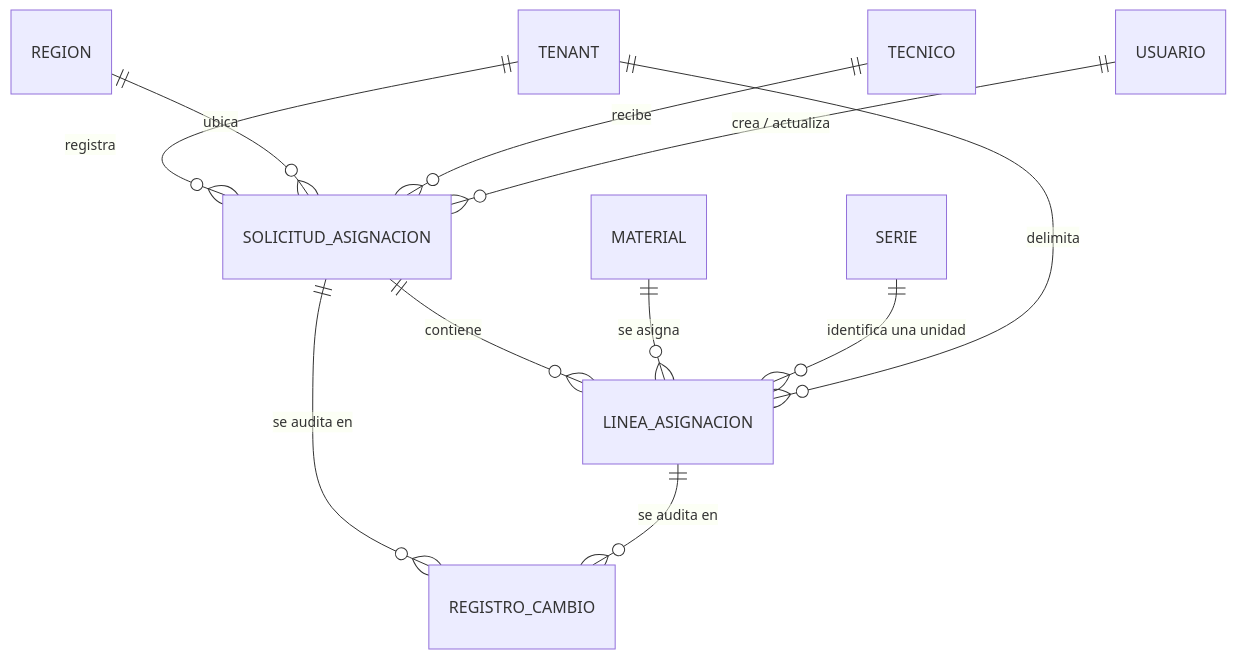
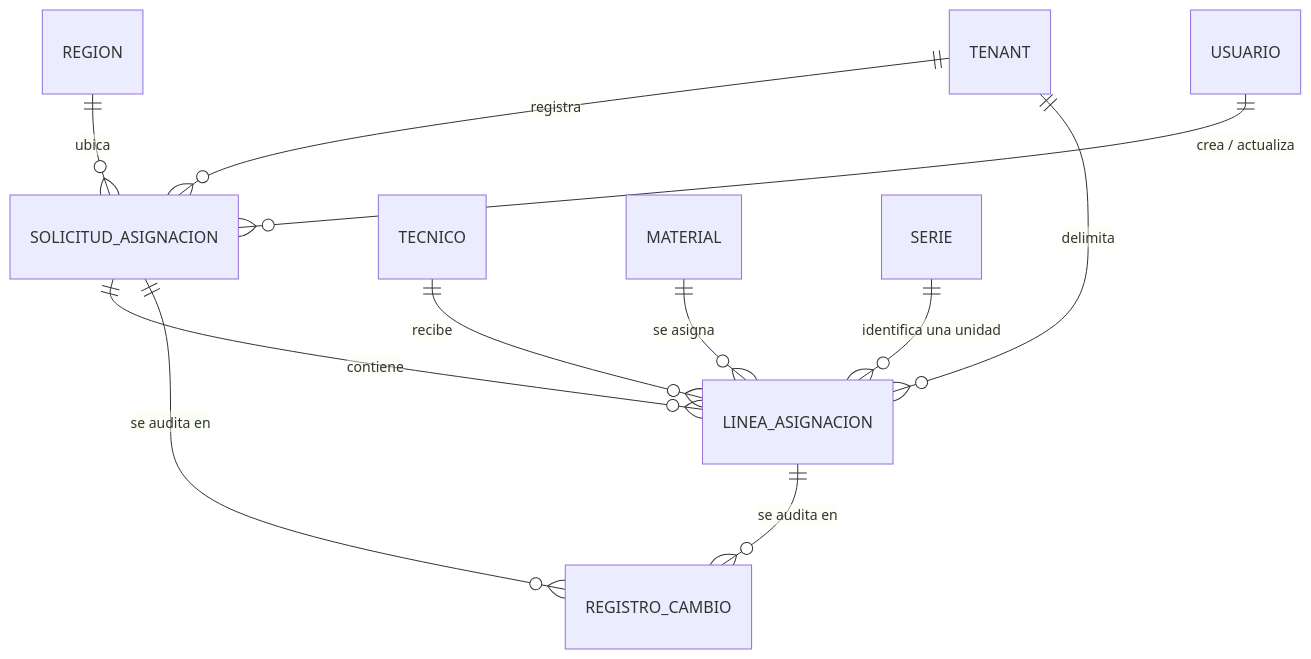
The diagram in 05-especificaciones/006-solicitud-de-asignacion/data-model.md (Klidsman/Lari_sistema-arquitSoft-02-Klidsman), drawn with Mermaid before and after one commit. The commit also changed other lines of this file and 47 other files, not shown here.

````diff
--- a/05-especificaciones/006-solicitud-de-asignacion/data-model.md
+++ b/05-especificaciones/006-solicitud-de-asignacion/data-model.md
@@ -12,13 +12,13 @@
 ```mermaid
 erDiagram
     TENANT ||--o{ SOLICITUD_ASIGNACION : "registra"
     REGION ||--o{ SOLICITUD_ASIGNACION : "ubica"
-    TECNICO ||--o{ SOLICITUD_ASIGNACION : "recibe"
+    TECNICO ||--o{ LINEA_ASIGNACION : "recibe"
     USUARIO ||--o{ SOLICITUD_ASIGNACION : "crea / actualiza"
     SOLICITUD_ASIGNACION ||--o{ LINEA_ASIGNACION : "contiene"
     MATERIAL ||--o{ LINEA_ASIGNACION : "se asigna"
     SERIE ||--o{ LINEA_ASIGNACION : "identifica una unidad"
     TENANT ||--o{ LINEA_ASIGNACION : "delimita"
     SOLICITUD_ASIGNACION ||--o{ REGISTRO_CAMBIO : "se audita en"
     LINEA_ASIGNACION ||--o{ REGISTRO_CAMBIO : "se audita en"
 ```
````
